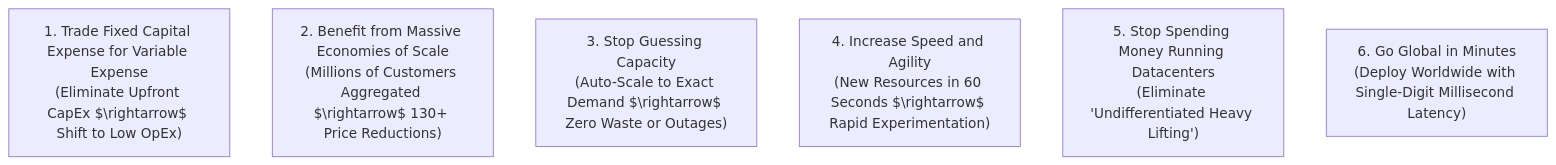
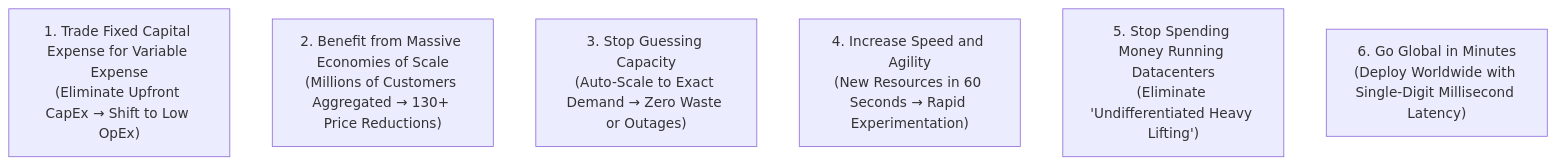
Before and after one commit to fakhruldeen/AWS: the fourth of 5 diagrams in Cloud/Practitioner/CLF-C02/02_Prerequisites/05_Cloud_Economics_and_FinOps.md, drawn with Mermaid. The commit also changed 104 other files, not shown here.

Commit message:
fix(docs): replace 699 simple inline and Mermaid LaTeX expressions with native Unicode for clean rendering

````diff
--- a/Cloud/Practitioner/CLF-C02/02_Prerequisites/05_Cloud_Economics_and_FinOps.md
+++ b/Cloud/Practitioner/CLF-C02/02_Prerequisites/05_Cloud_Economics_and_FinOps.md
@@ -115,9 +115,9 @@
 ```mermaid
 flowchart TD
-    Adv1["1. Trade Fixed Capital Expense for Variable Expense\n(Eliminate Upfront CapEx $\rightarrow$ Shift to Low OpEx)"]
-    Adv2["2. Benefit from Massive Economies of Scale\n(Millions of Customers Aggregated $\rightarrow$ 130+ Price Reductions)"]
-    Adv3["3. Stop Guessing Capacity\n(Auto-Scale to Exact Demand $\rightarrow$ Zero Waste or Outages)"]
-    Adv4["4. Increase Speed and Agility\n(New Resources in 60 Seconds $\rightarrow$ Rapid Experimentation)"]
+    Adv1["1. Trade Fixed Capital Expense for Variable Expense\n(Eliminate Upfront CapEx → Shift to Low OpEx)"]
+    Adv2["2. Benefit from Massive Economies of Scale\n(Millions of Customers Aggregated → 130+ Price Reductions)"]
+    Adv3["3. Stop Guessing Capacity\n(Auto-Scale to Exact Demand → Zero Waste or Outages)"]
+    Adv4["4. Increase Speed and Agility\n(New Resources in 60 Seconds → Rapid Experimentation)"]
     Adv5["5. Stop Spending Money Running Datacenters\n(Eliminate 'Undifferentiated Heavy Lifting')"]
     Adv6["6. Go Global in Minutes\n(Deploy Worldwide with Single-Digit Millisecond Latency)"]
 ```
````
